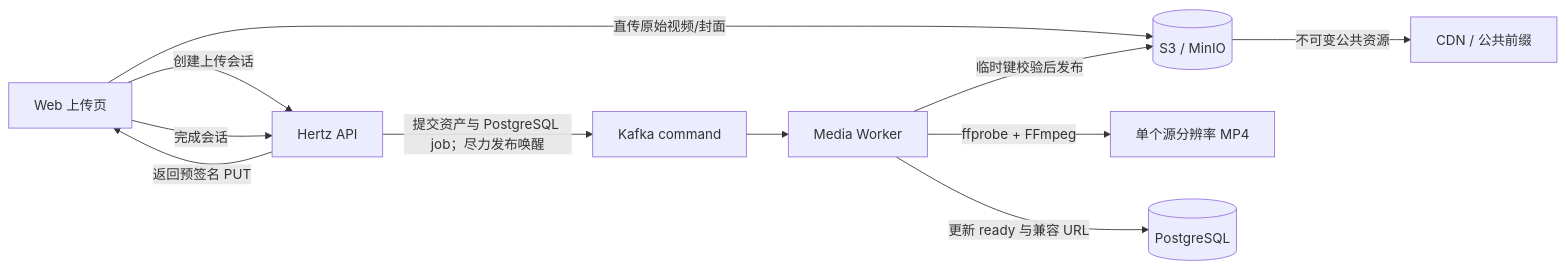
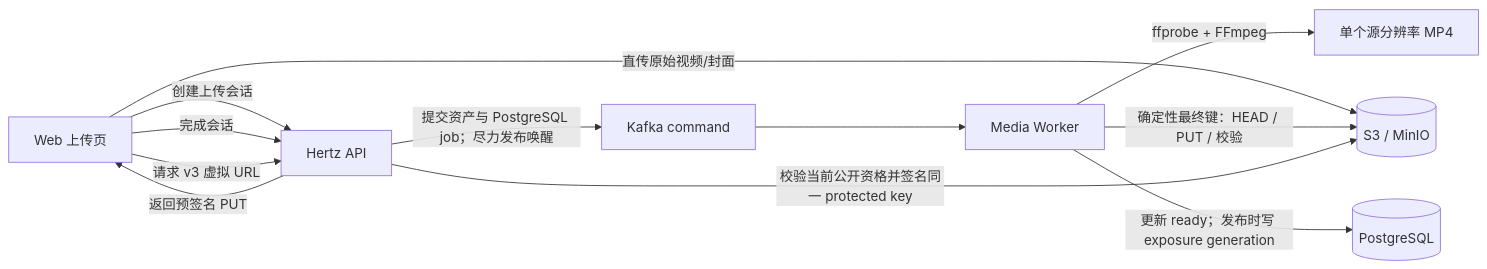
One commit to shiyudesu/frux changed diagram 11 of 12 in docs/architecture.md. Above: the diagram before and after it, drawn with Mermaid. The commit also changed other lines of this file and 45 other files, not shown here.

````diff
--- a/docs/architecture.md
+++ b/docs/architecture.md
@@ -645,13 +644,14 @@
 ```mermaid
 flowchart LR
   Web["Web 上传页"] -->|"创建上传会话"| API["Hertz API"]
   API -->|"返回预签名 PUT"| Web
   Web -->|"直传原始视频/封面"| S3[("S3 / MinIO")]
   Web -->|"完成会话"| API
   API -->|"提交资产与 PostgreSQL job；尽力发布唤醒"| MQ["Kafka command"]
   MQ --> Worker["Media Worker"]
   Worker -->|"ffprobe + FFmpeg"| Outputs["单个源分辨率 MP4"]
-  Worker -->|"临时键校验后发布"| S3
-  Worker -->|"更新 ready 与兼容 URL"| PostgreSQL[("PostgreSQL")]
-  S3 -->|"不可变公共资源"| CDN["CDN / 公共前缀"]
+  Worker -->|"确定性最终键：HEAD / PUT / 校验"| S3
+  Worker -->|"更新 ready；发布时写 exposure generation"| PostgreSQL[("PostgreSQL")]
+  Web -->|"请求 v3 虚拟 URL"| API
+  API -->|"校验当前公开资格并签名同一 protected key"| S3
 ```
````
